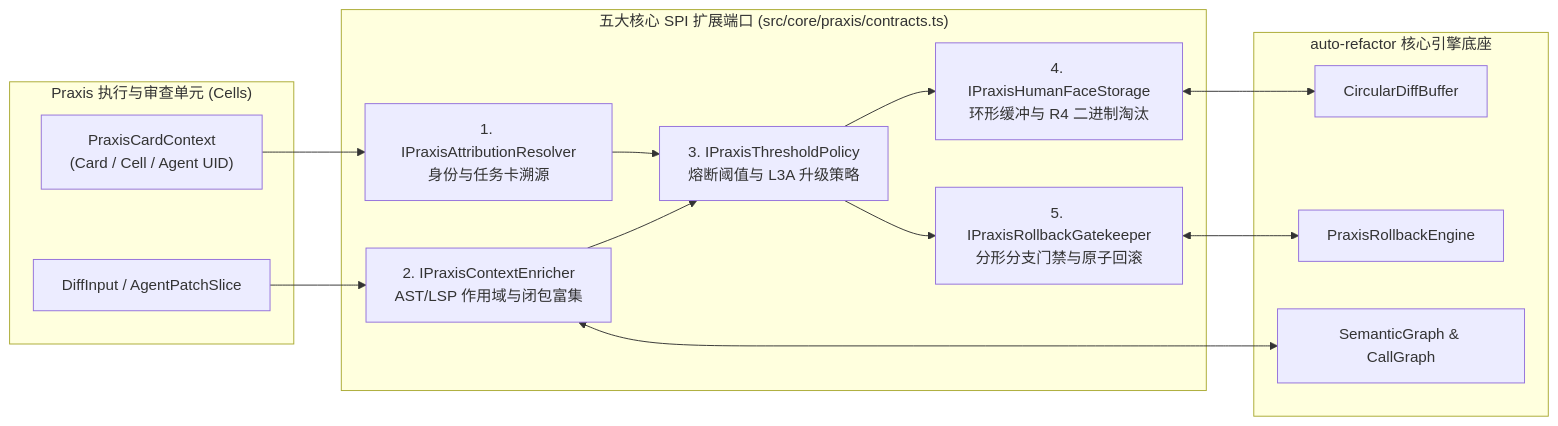
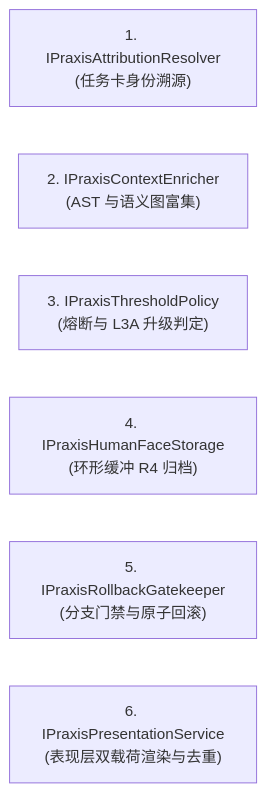
Before and after one commit to guilingzhouyi-creator/vscode-extensions: the second of 2 diagrams in auto-refactor/docs/06-praxis-delivery/01-praxis-architecture-and-spi-contracts.md, drawn with Mermaid. The commit also changed other lines of this file and 28 other files, not shown here.

First line of the commit message:
docs(architecture): 全量对齐系统架构与规则体系技术文档

````diff
--- a/auto-refactor/docs/06-praxis-delivery/01-praxis-architecture-and-spi-contracts.md
+++ b/auto-refactor/docs/06-praxis-delivery/01-praxis-architecture-and-spi-contracts.md
@@ -18,31 +95,9 @@
 ```mermaid
 flowchart LR
-    subgraph PraxisCell["Praxis 执行与审查单元 (Cells)"]
-        CARD["PraxisCardContext<br/>(Card / Cell / Agent UID)"]
-        PATCH["DiffInput / AgentPatchSlice"]
-    end
-
-    subgraph SPI["五大核心 SPI 扩展端口 (src/core/praxis/contracts.ts)"]
-        SPI1["1. IPraxisAttributionResolver<br/>身份与任务卡溯源"]
-        SPI2["2. IPraxisContextEnricher<br/>AST/LSP 作用域与闭包富集"]
-        SPI3["3. IPraxisThresholdPolicy<br/>熔断阈值与 L3A 升级策略"]
-        SPI4["4. IPraxisHumanFaceStorage<br/>环形缓冲与 R4 二进制淘汰"]
-        SPI5["5. IPraxisRollbackGatekeeper<br/>分形分支门禁与原子回滚"]
-    end
-
-    subgraph Engine["auto-refactor 核心引擎底座"]
-        SEM["SemanticGraph & CallGraph"]
-        RING["CircularDiffBuffer"]
-        RBK["PraxisRollbackEngine"]
-    end
-
-    CARD --> SPI1
-    PATCH --> SPI2
-    SPI1 --> SPI3
-    SPI2 --> SPI3
-    SPI2 <--> SEM
-    SPI3 --> SPI4
-    SPI3 --> SPI5
-    SPI4 <--> RING
-    SPI5 <--> RBK
+    SPI1["1. IPraxisAttributionResolver<br/>(任务卡身份溯源)"]
+    SPI2["2. IPraxisContextEnricher<br/>(AST 与语义图富集)"]
+    SPI3["3. IPraxisThresholdPolicy<br/>(熔断与 L3A 升级判定)"]
+    SPI4["4. IPraxisHumanFaceStorage<br/>(环形缓冲 R4 归档)"]
+    SPI5["5. IPraxisRollbackGatekeeper<br/>(分支门禁与原子回滚)"]
+    SPI6["6. IPraxisPresentationService<br/>(表现层双载荷渲染与去重)"]
 ```
````
